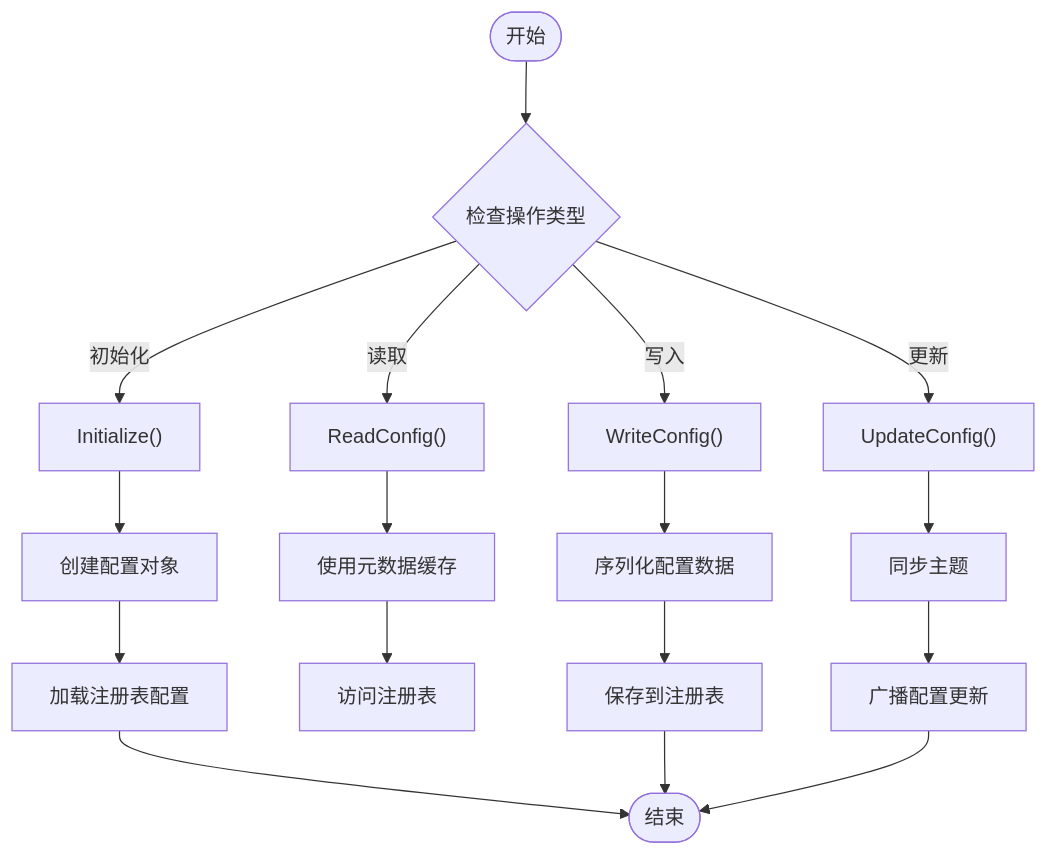
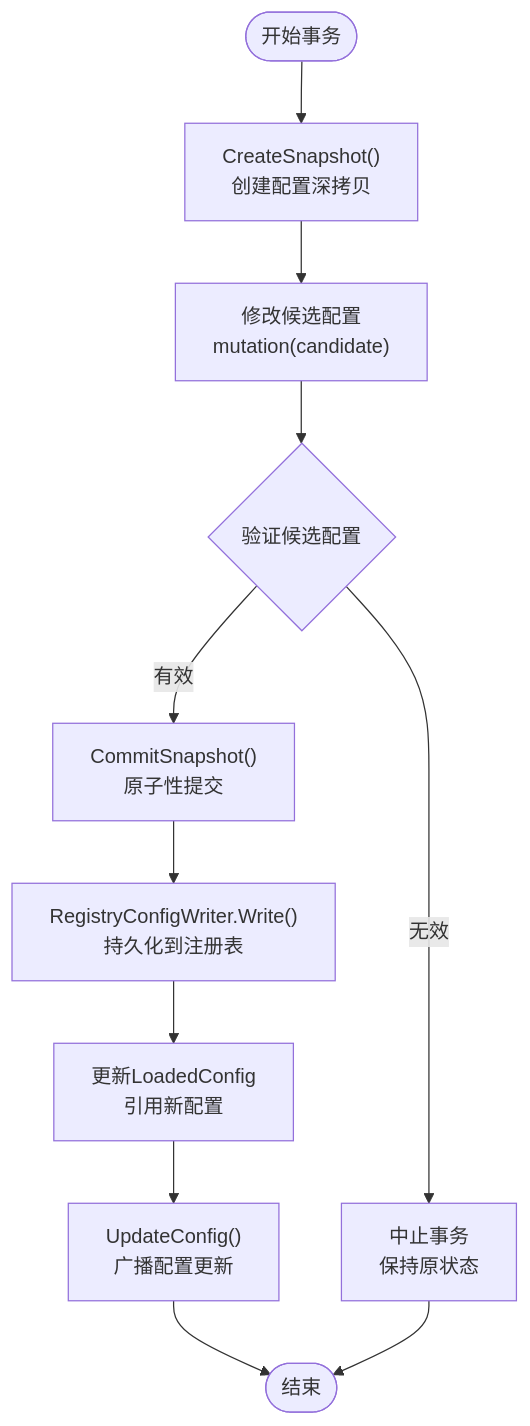
One commit to rainiva/QTTabBar-Next changed the third of 5 diagrams in .qoder/repowiki/zh/content/架构设计/配置管理系统/配置管理系统.md. Above: the diagram before and after it, drawn with Mermaid. The commit also changed other lines of this file and 415 other files, not shown here.

````diff
--- a/.qoder/repowiki/zh/content/架构设计/配置管理系统/配置管理系统.md
+++ b/.qoder/repowiki/zh/content/架构设计/配置管理系统/配置管理系统.md
@@ -158,19 +173,13 @@
 ```mermaid
 flowchart TD
-Start(["开始"]) --> CheckMode{"检查操作类型"}
-CheckMode --> |初始化| Init["Initialize()"]
-CheckMode --> |读取| Read["ReadConfig()"]
-CheckMode --> |写入| Write["WriteConfig()"]
-CheckMode --> |更新| Update["UpdateConfig()"]
-Init --> CreateConfig["创建配置对象"]
-CreateConfig --> LoadRegistry["加载注册表配置"]
-Read --> UseCache["使用元数据缓存"]
-UseCache --> RegistryAccess["访问注册表"]
-Write --> SerializeData["序列化配置数据"]
-SerializeData --> SaveRegistry["保存到注册表"]
-Update --> SyncTheme["同步主题"]
-SyncTheme --> Broadcast["广播配置更新"]
-LoadRegistry --> End(["结束"])
-SaveRegistry --> End
-Broadcast --> End
+Start(["开始事务"]) --> CreateSnapshot["CreateSnapshot()<br/>创建配置深拷贝"]
+CreateSnapshot --> ModifyCandidate["修改候选配置<br/>mutation(candidate)"]
+ModifyCandidate --> Validate{"验证候选配置"}
+Validate --> |有效| Commit["CommitSnapshot()<br/>原子性提交"]
+Validate --> |无效| Abort["中止事务<br/>保持原状态"]
+Commit --> Persist["RegistryConfigWriter.Write()<br/>持久化到注册表"]
+Persist --> UpdateMemory["更新LoadedConfig<br/>引用新配置"]
+UpdateMemory --> Broadcast["UpdateConfig()<br/>广播配置更新"]
+Broadcast --> End(["结束"])
+Abort --> End
 ```
````
